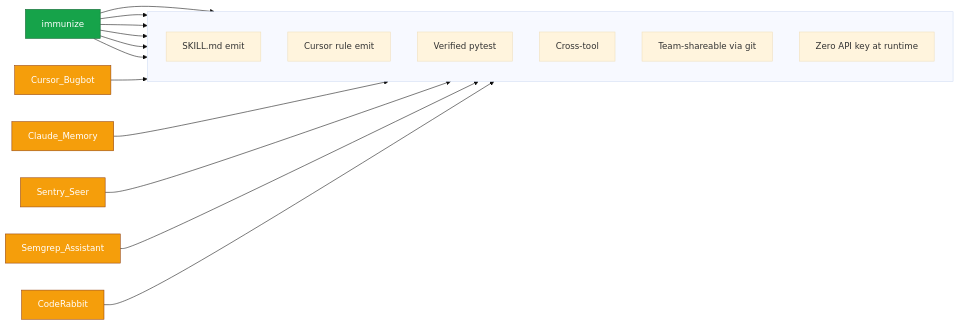
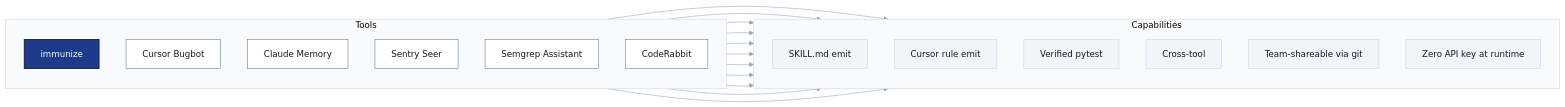
The first of 14 diagrams in README.md (viditkbhatnagar/immunize), drawn with Mermaid before and after one commit. The commit also changed other lines of this file, not shown here.

First line of the commit message:
Redesign README mermaid diagrams with corporate styling

````diff
--- a/README.md
+++ b/README.md
@@ -86,24 +86,37 @@
 ```mermaid
-%%{init: {'theme':'base'}}%%
+%%{init: {'theme':'base', 'themeVariables': {'fontFamily':'Inter, system-ui, -apple-system, sans-serif', 'primaryTextColor':'#0f172a', 'lineColor':'#94a3b8'}}}%%
 flowchart LR
-    classDef yes fill:#16a34a,stroke:#166534,color:#fff
-    classDef no fill:#dc2626,stroke:#7f1d1d,color:#fff
-    classDef partial fill:#f59e0b,stroke:#92400e,color:#fff
+    classDef tool fill:#ffffff,stroke:#64748b,stroke-width:1px,color:#0f172a
+    classDef hero fill:#1e3a8a,stroke:#0f172a,stroke-width:1.5px,color:#f8fafc
+    classDef cap fill:#f1f5f9,stroke:#cbd5e1,stroke-width:1px,color:#0f172a
 
-    subgraph Capabilities[" "]
+    subgraph Tools["Tools"]
         direction TB
-        C1[SKILL.md emit]
-        C2[Cursor rule emit]
-        C3[Verified pytest]
-        C4[Cross-tool]
-        C5[Team-shareable via git]
-        C6[Zero API key at runtime]
+        I["immunize"]:::hero
+        CB["Cursor Bugbot"]:::tool
+        CM["Claude Memory"]:::tool
+        SS["Sentry Seer"]:::tool
+        SA["Semgrep Assistant"]:::tool
+        CR["CodeRabbit"]:::tool
     end
 
-    immunize:::yes --> C1 & C2 & C3 & C4 & C5 & C6
-    Cursor_Bugbot:::partial --> C2
-    Claude_Memory:::partial --> C1
-    Sentry_Seer:::partial --> C2
-    Semgrep_Assistant:::partial --> C2
-    CodeRabbit:::partial --> C5
+    subgraph Caps["Capabilities"]
+        direction TB
+        C1["SKILL.md emit"]:::cap
+        C2["Cursor rule emit"]:::cap
+        C3["Verified pytest"]:::cap
+        C4["Cross-tool"]:::cap
+        C5["Team-shareable via git"]:::cap
+        C6["Zero API key at runtime"]:::cap
+    end
+
+    I --> C1 & C2 & C3 & C4 & C5 & C6
+    CM --> C1
+    CB --> C2
+    SS --> C2
+    SA --> C2
+    CR --> C5
+
+    style Tools fill:#f8fafc,stroke:#cbd5e1
+    style Caps fill:#f8fafc,stroke:#cbd5e1
 ```
````
